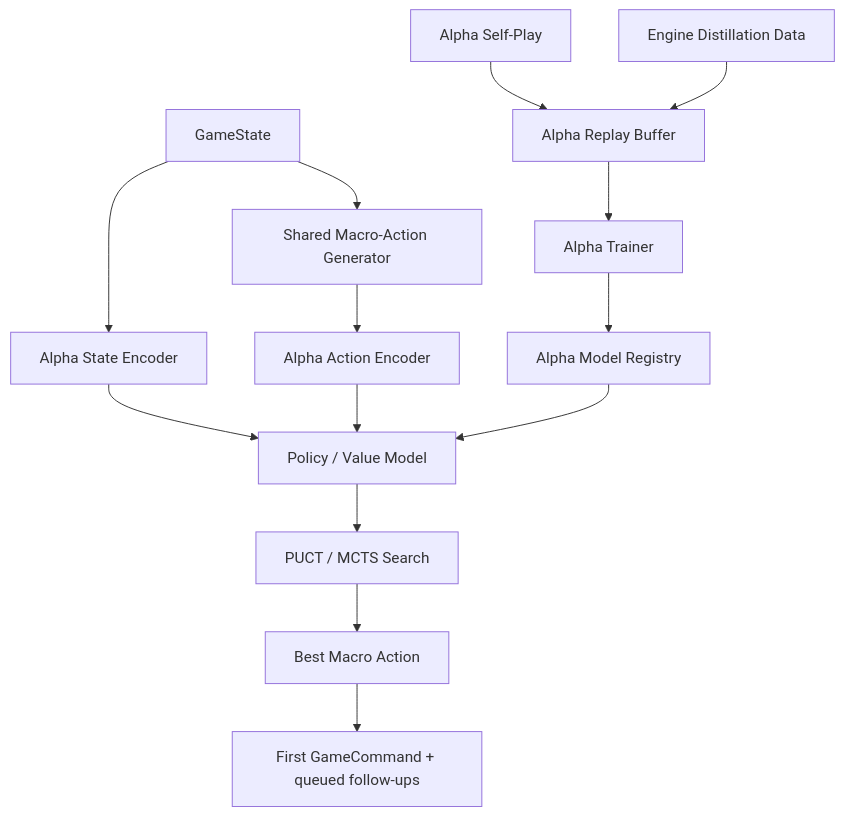
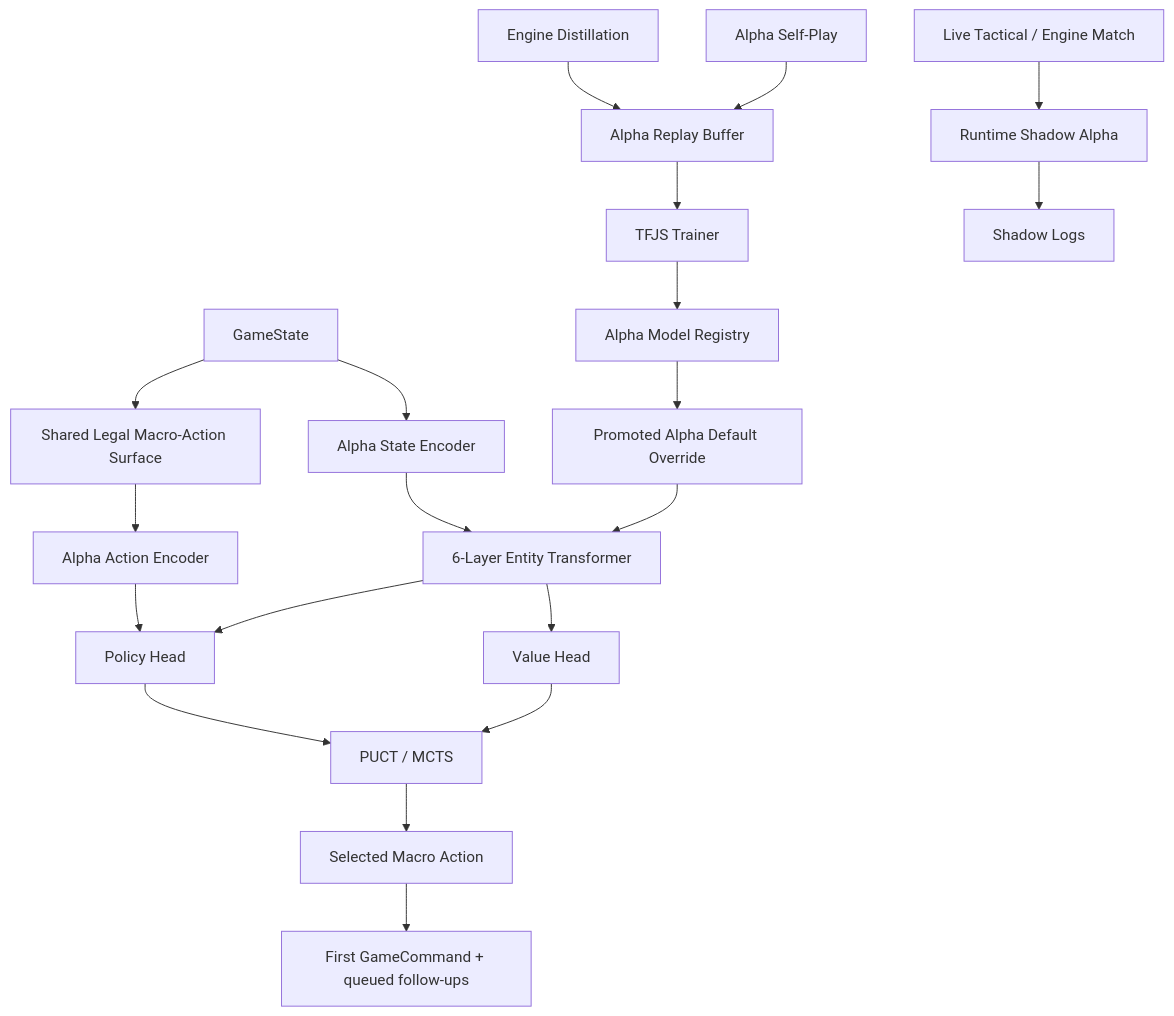
The diagram in alpha_plan.md (Tarvorix/H2), drawn with Mermaid before and after one commit. The commit also changed other lines of this file and 126 other files, not shown here.

Commit message:
Complete alpha runtime and reaction rules

````diff
--- a/alpha_plan.md
+++ b/alpha_plan.md
@@ -119,17 +326,24 @@
 ```mermaid
 flowchart TD
-  GS["GameState"] --> CG["Shared Macro-Action Generator"]
-  GS --> SE["Alpha State Encoder"]
-  CG --> AE["Alpha Action Encoder"]
-  SE --> PV["Policy / Value Model"]
-  AE --> PV
-  PV --> MCTS["PUCT / MCTS Search"]
-  MCTS --> BA["Best Macro Action"]
-  BA --> CMD["First GameCommand + queued follow-ups"]
+  GS["GameState"] --> MAG["Shared Legal Macro-Action Surface"]
+  GS --> STE["Alpha State Encoder"]
+  MAG --> AE["Alpha Action Encoder"]
+  STE --> TR["6-Layer Entity Transformer"]
+  AE --> PH["Policy Head"]
+  TR --> PH
+  TR --> VH["Value Head"]
+  PH --> MCTS["PUCT / MCTS"]
+  VH --> MCTS
+  MCTS --> ACT["Selected Macro Action"]
+  ACT --> CMD["First GameCommand + queued follow-ups"]
 
-  SELF["Alpha Self-Play"] --> DATA["Alpha Replay Buffer"]
-  TEACH["Engine Distillation Data"] --> DATA
-  DATA --> TRAIN["Alpha Trainer"]
+  DIST["Engine Distillation"] --> BUF["Alpha Replay Buffer"]
+  SP["Alpha Self-Play"] --> BUF
+  BUF --> TRAIN["TFJS Trainer"]
   TRAIN --> REG["Alpha Model Registry"]
-  REG --> PV
+  REG --> DEF["Promoted Alpha Default Override"]
+  DEF --> TR
+
+  LIVE["Live Tactical / Engine Match"] --> SHADOW["Runtime Shadow Alpha"]
+  SHADOW --> LOG["Shadow Logs"]
 ```
````
